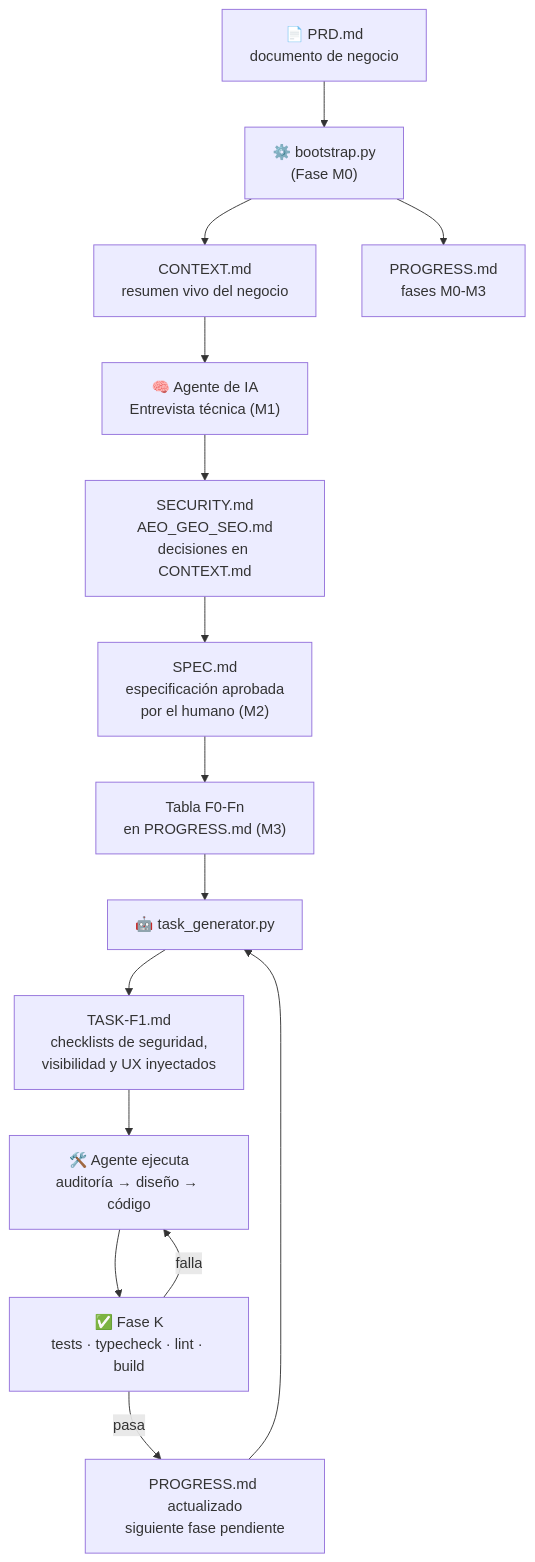
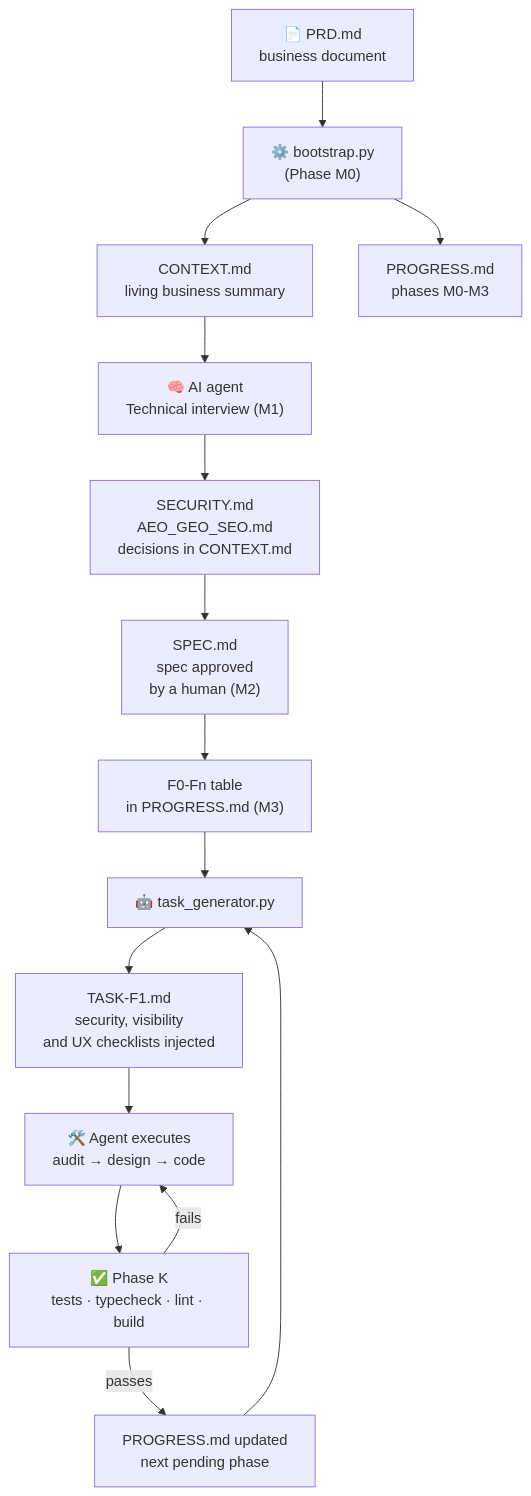
The diagram in README.md (mcpedrogm-art/fia-harness), drawn with Mermaid before and after one commit. The commit also changed other lines of this file and 3 other files, not shown here.

````diff
--- a/README.md
+++ b/README.md
@@ -14,17 +49,17 @@
 ```mermaid
 graph TD
-    PRD["📄 PRD.md<br/>documento de negocio"] --> BOOT["⚙️ bootstrap.py<br/>(Fase M0)"]
-    BOOT --> CTX["CONTEXT.md<br/>resumen vivo del negocio"]
-    BOOT --> PROG["PROGRESS.md<br/>fases M0-M3"]
-    CTX --> INT["🧠 Agente de IA<br/>Entrevista técnica (M1)"]
-    INT --> SEC["SECURITY.md<br/>AEO_GEO_SEO.md<br/>decisiones en CONTEXT.md"]
-    SEC --> SPEC["SPEC.md<br/>especificación aprobada<br/>por el humano (M2)"]
-    SPEC --> PLAN["Tabla F0-Fn<br/>en PROGRESS.md (M3)"]
+    PRD["📄 PRD.md<br/>business document"] --> BOOT["⚙️ bootstrap.py<br/>(Phase M0)"]
+    BOOT --> CTX["CONTEXT.md<br/>living business summary"]
+    BOOT --> PROG["PROGRESS.md<br/>phases M0-M3"]
+    CTX --> INT["🧠 AI agent<br/>Technical interview (M1)"]
+    INT --> SEC["SECURITY.md<br/>AEO_GEO_SEO.md<br/>decisions in CONTEXT.md"]
+    SEC --> SPEC["SPEC.md<br/>spec approved<br/>by a human (M2)"]
+    SPEC --> PLAN["F0-Fn table<br/>in PROGRESS.md (M3)"]
     PLAN --> GEN["🤖 task_generator.py"]
-    GEN --> TASK["TASK-F1.md<br/>checklists de seguridad,<br/>visibilidad y UX inyectados"]
-    TASK --> RUN["🛠️ Agente ejecuta<br/>auditoría → diseño → código"]
-    RUN --> VAL["✅ Fase K<br/>tests · typecheck · lint · build"]
-    VAL -- falla --> RUN
-    VAL -- pasa --> NEXT["PROGRESS.md actualizado<br/>siguiente fase pendiente"]
+    GEN --> TASK["TASK-F1.md<br/>security, visibility<br/>and UX checklists injected"]
+    TASK --> RUN["🛠️ Agent executes<br/>audit → design → code"]
+    RUN --> VAL["✅ Phase K<br/>tests · typecheck · lint · build"]
+    VAL -- fails --> RUN
+    VAL -- passes --> NEXT["PROGRESS.md updated<br/>next pending phase"]
     NEXT --> GEN
 ```
````
